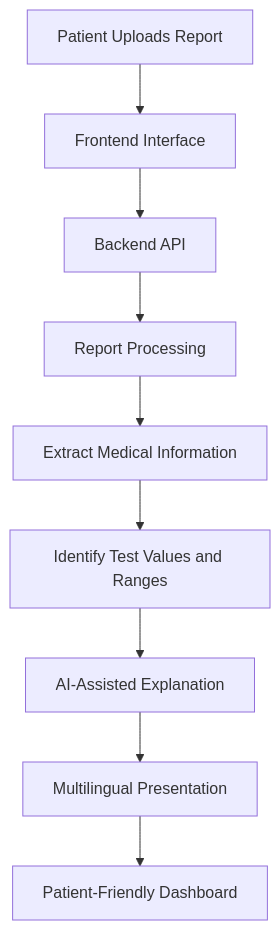
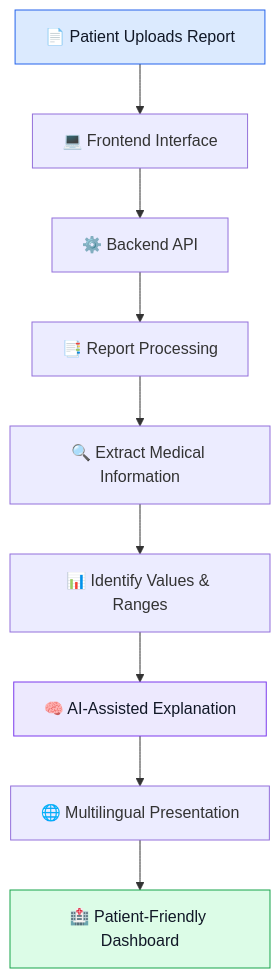
The first of 3 diagrams in README.md (mohammadjubaid76-collab/Med_Decoder), drawn with Mermaid before and after one commit. The commit also changed other lines of this file, not shown here.

````diff
--- a/README.md
+++ b/README.md
@@ -125,11 +137,15 @@
 ```mermaid
 flowchart TD
-    A["Patient Uploads Report"] --> B["Frontend Interface"]
-    B --> C["Backend API"]
-    C --> D["Report Processing"]
-    D --> E["Extract Medical Information"]
-    E --> F["Identify Test Values and Ranges"]
-    F --> G["AI-Assisted Explanation"]
-    G --> H["Multilingual Presentation"]
-    H --> I["Patient-Friendly Dashboard"]
+    A["📄 Patient Uploads Report"] --> B["💻 Frontend Interface"]
+    B --> C["⚙️ Backend API"]
+    C --> D["📑 Report Processing"]
+    D --> E["🔍 Extract Medical Information"]
+    E --> F["📊 Identify Values & Ranges"]
+    F --> G["🧠 AI-Assisted Explanation"]
+    G --> H["🌐 Multilingual Presentation"]
+    H --> I["🏥 Patient-Friendly Dashboard"]
+
+    style A fill:#DBEAFE,stroke:#2563EB,color:#111827
+    style G fill:#EDE9FE,stroke:#7C3AED,color:#111827
+    style I fill:#DCFCE7,stroke:#16A34A,color:#111827
 ```
````
